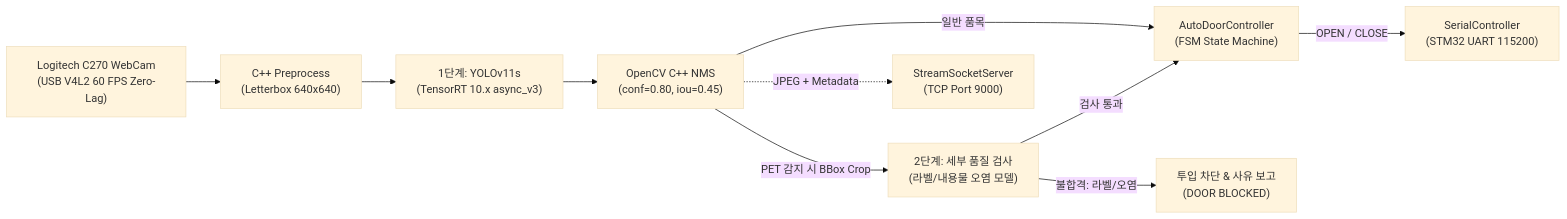
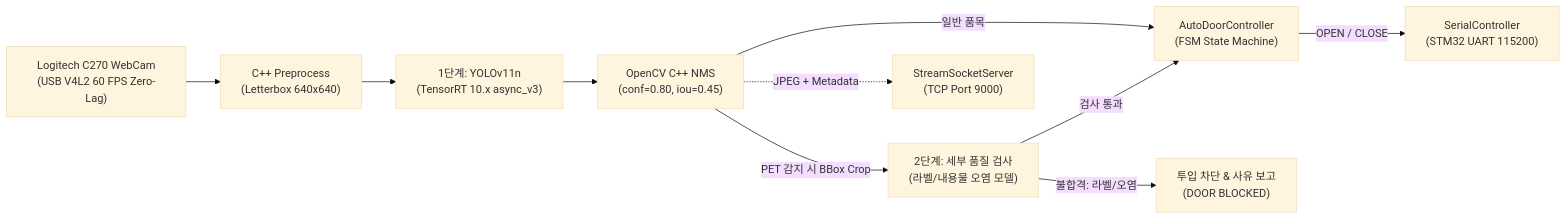
One commit to hckim-dev/smart-recycling-edge-ai changed the diagram in edge_jetson/README.md. Above: the diagram before and after it, drawn with Mermaid (base theme). The commit also changed other lines of this file and 1 other file, not shown here.

````diff
--- a/edge_jetson/README.md
+++ b/edge_jetson/README.md
@@ -29,15 +29,15 @@
 ```mermaid
 flowchart LR
     CAM["Logitech C270 WebCam<br/>(USB V4L2 60 FPS Zero-Lag)"] --> PRE["C++ Preprocess<br/>(Letterbox 640x640)"]
-    PRE --> TRT1["1단계: YOLOv11s<br/>(TensorRT 10.x async_v3)"]
+    PRE --> TRT1["1단계: YOLOv11n<br/>(TensorRT 10.x async_v3)"]
     TRT1 --> NMS["OpenCV C++ NMS<br/>(conf=0.80, iou=0.45)"]
 
     NMS -->|일반 품목| FSM["AutoDoorController<br/>(FSM State Machine)"]
     NMS -->|PET 감지 시 BBox Crop| TRT2["2단계: 세부 품질 검사<br/>(라벨/내용물 오염 모델)"]
 
     TRT2 -->|검사 통과| FSM
     TRT2 -->|불합격: 라벨/오염| BLOCK["투입 차단 & 사유 보고<br/>(DOOR BLOCKED)"]
 
     FSM -->|OPEN / CLOSE| UART["SerialController<br/>(STM32 UART 115200)"]
     NMS -.->|JPEG + Metadata| TCP["StreamSocketServer<br/>(TCP Port 9000)"]
 ```
````
